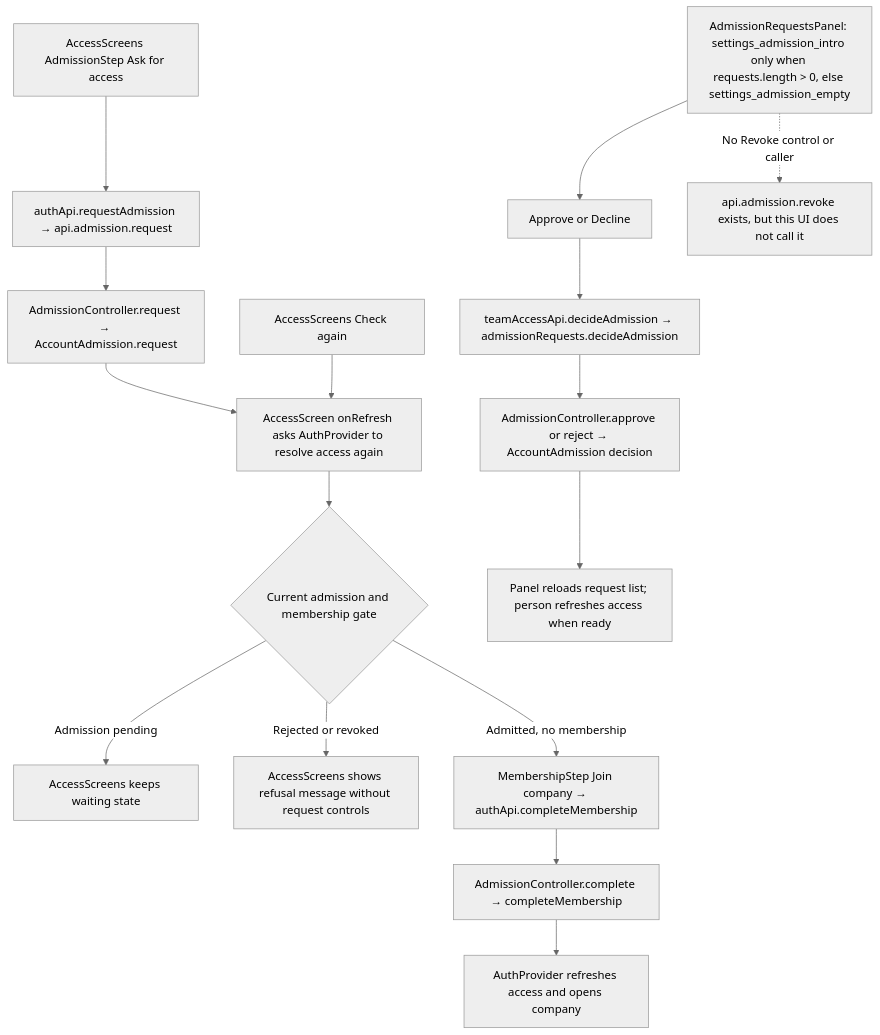
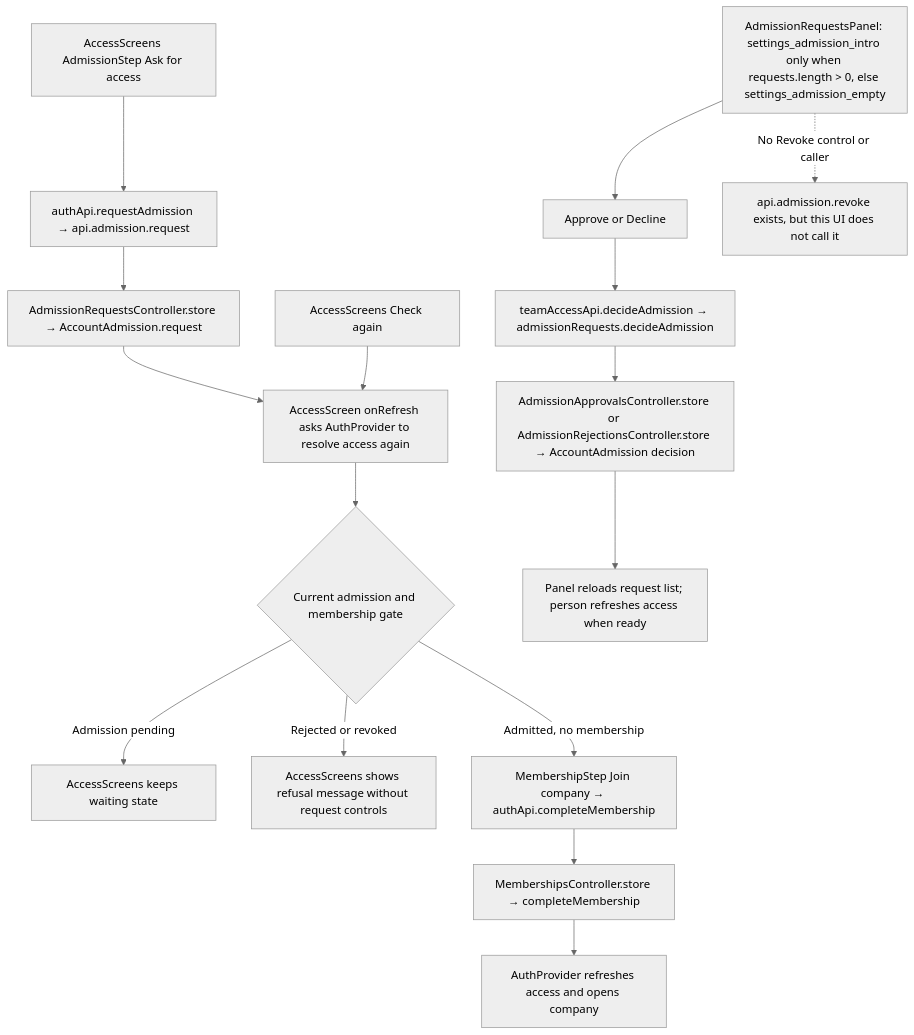
One commit to Kevinjohn/capacitylens changed the second of 2 diagrams in user-stories/team/US-TEAM-05-request-admission.md. Above: the diagram before and after it, drawn with Mermaid (neutral theme). The commit also changed other lines of this file and 139 other files, not shown here.

````diff
--- a/user-stories/team/US-TEAM-05-request-admission.md
+++ b/user-stories/team/US-TEAM-05-request-admission.md
@@ -37,18 +37,18 @@
 ```mermaid
 flowchart TD
     Ask["AccessScreens AdmissionStep Ask for access"] --> AuthApi["authApi.requestAdmission → api.admission.request"]
-    AuthApi --> RequestController["AdmissionController.request → AccountAdmission.request"]
+    AuthApi --> RequestController["AdmissionRequestsController.store → AccountAdmission.request"]
     RequestController --> Refresh["AccessScreen onRefresh asks AuthProvider to resolve access again"]
     Check["AccessScreens Check again"] --> Refresh
     Refresh --> Gate{"Current admission and membership gate"}
     Gate -->|"Admission pending"| Wait["AccessScreens keeps waiting state"]
     Gate -->|"Rejected or revoked"| Refused["AccessScreens shows refusal message without request controls"]
     Gate -->|"Admitted, no membership"| Join["MembershipStep Join company → authApi.completeMembership"]
-    Join --> Complete["AdmissionController.complete → completeMembership"]
+    Join --> Complete["MembershipsController.store → completeMembership"]
     Complete --> Company["AuthProvider refreshes access and opens company"]
     Manager["AdmissionRequestsPanel: settings_admission_intro only when requests.length > 0, else settings_admission_empty"] --> Buttons["Approve or Decline"]
     Buttons --> Client["teamAccessApi.decideAdmission → admissionRequests.decideAdmission"]
-    Client --> Decision["AdmissionController.approve or reject → AccountAdmission decision"]
+    Client --> Decision["AdmissionApprovalsController.store or AdmissionRejectionsController.store → AccountAdmission decision"]
     Decision --> Reload["Panel reloads request list; person refreshes access when ready"]
     Manager -. "No Revoke control or caller" .-> NoRevoke["api.admission.revoke exists, but this UI does not call it"]
 ```
````
